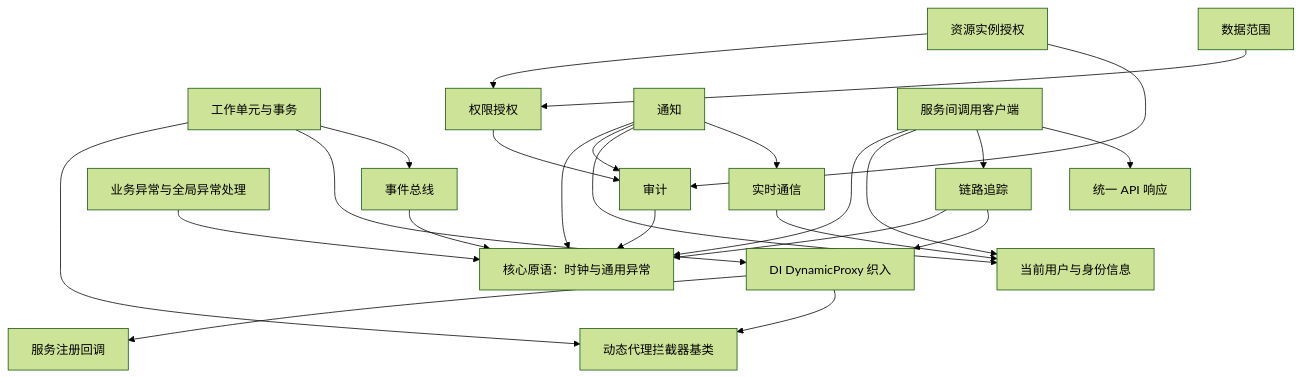
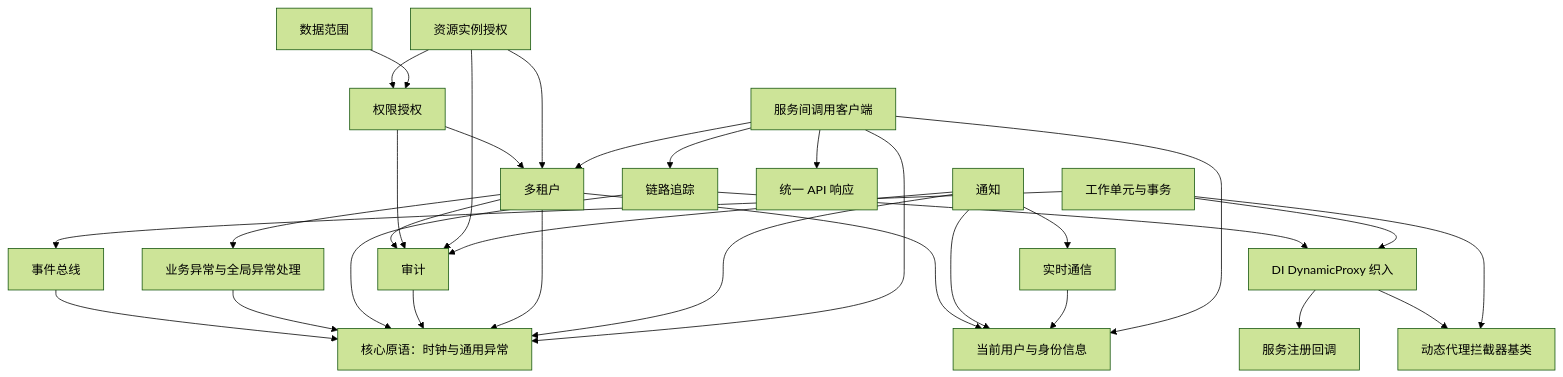
The diagram in framework/docs/components/README.md (zengqinglei/leistd-net), drawn with Mermaid (forest theme) before and after one commit. The commit also changed other lines of this file and 144 other files, not shown here.

````diff
--- a/framework/docs/components/README.md
+++ b/framework/docs/components/README.md
@@ -33,30 +34,37 @@
 ```mermaid
 graph TD
     dependency-injection-dynamic-proxy[DI DynamicProxy 织入] --> dependency-injection[服务注册回调]
     dependency-injection-dynamic-proxy --> aop[动态代理拦截器基类]
 
     event-bus[事件总线] --> core[核心原语：时钟与通用异常]
     exception[业务异常与全局异常处理] --> core
     tracing[链路追踪] --> core
     tracing --> dependency-injection-dynamic-proxy
 
     unit-of-work[工作单元与事务] --> aop
     unit-of-work --> dependency-injection-dynamic-proxy
     unit-of-work --> event-bus
 
     auditing[审计] --> core
+    multiTenancy[多租户] --> core
+    multiTenancy --> exception
+    multiTenancy --> auditing
+    multiTenancy --> security[当前用户与身份信息]
     authorization[权限授权] --> auditing
+    authorization --> multiTenancy
     authorizationResource[资源实例授权] --> authorization
     authorizationResource --> auditing
+    authorizationResource --> multiTenancy
     authorizationDataScope[数据范围] --> authorization
     notifications[通知] --> core
     notifications --> auditing
-    notifications --> security[当前用户与身份信息]
+    notifications --> security
     notifications --> realtime[实时通信]
     realtime --> security
 
     serviceClient[服务间调用客户端] --> core
     serviceClient --> security
     serviceClient --> tracing
     serviceClient --> response[统一 API 响应]
+    serviceClient --> multiTenancy
 ```
````
